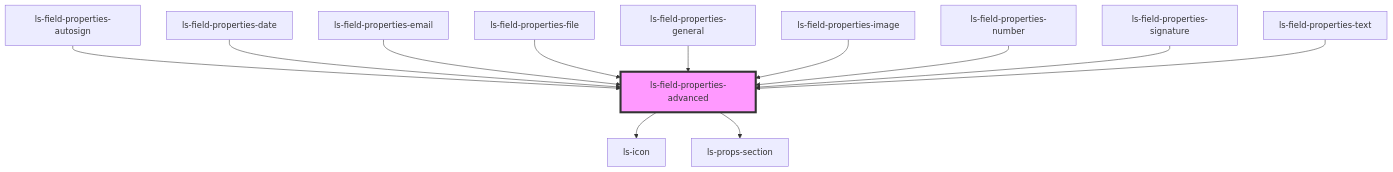
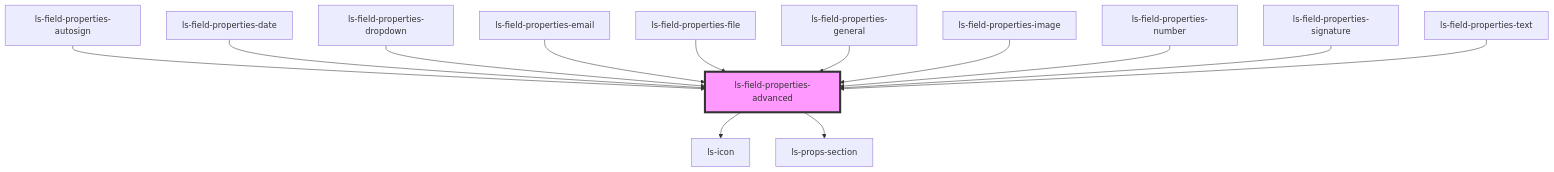
Before and after one commit to legalesign/ls-document-viewer: the diagram in src/components/ls-field-properties-advanced/readme.md, drawn with Mermaid. The commit also changed other lines of this file and 27 other files, not shown here.

````diff
--- a/src/components/ls-field-properties-advanced/readme.md
+++ b/src/components/ls-field-properties-advanced/readme.md
@@ -44,15 +45,16 @@
 ```mermaid
 graph TD;
   ls-field-properties-advanced --> ls-icon
   ls-field-properties-advanced --> ls-props-section
   ls-field-properties-autosign --> ls-field-properties-advanced
   ls-field-properties-date --> ls-field-properties-advanced
+  ls-field-properties-dropdown --> ls-field-properties-advanced
   ls-field-properties-email --> ls-field-properties-advanced
   ls-field-properties-file --> ls-field-properties-advanced
   ls-field-properties-general --> ls-field-properties-advanced
   ls-field-properties-image --> ls-field-properties-advanced
   ls-field-properties-number --> ls-field-properties-advanced
   ls-field-properties-signature --> ls-field-properties-advanced
   ls-field-properties-text --> ls-field-properties-advanced
   style ls-field-properties-advanced fill:#f9f,stroke:#333,stroke-width:4px
 ```
````
